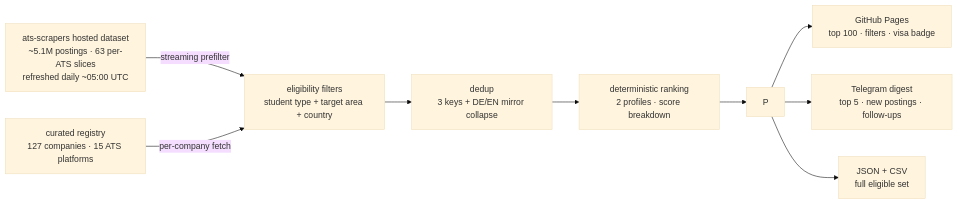
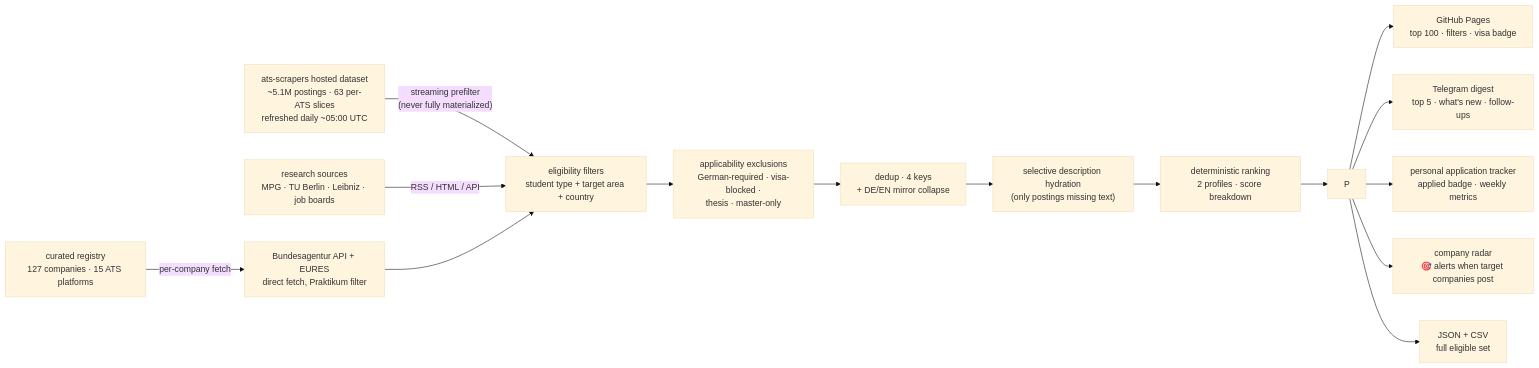
The diagram in README.md (rios-vini/internship-finder), drawn with Mermaid (base theme) before and after one commit. The commit also changed other lines of this file, not shown here.

````diff
--- a/README.md
+++ b/README.md
@@ -42,11 +57,17 @@
 ```mermaid
 flowchart LR
-    DS["ats-scrapers hosted dataset<br/>~5.1M postings · 63 per-ATS slices<br/>refreshed daily ~05:00 UTC"] -->|"streaming prefilter"| F
-    RG["curated registry<br/>127 companies · 15 ATS platforms"] -->|"per-company fetch"| F
-    F["eligibility filters<br/>student type + target area + country"] --> D
-    D["dedup<br/>3 keys + DE/EN mirror collapse"] --> R
+    DS["ats-scrapers hosted dataset<br/>~5.1M postings · 63 per-ATS slices<br/>refreshed daily ~05:00 UTC"] -->|"streaming prefilter<br/>(never fully materialized)"| F
+    RG["curated registry<br/>127 companies · 15 ATS platforms"] -->|"per-company fetch"| BA["Bundesagentur API + EURES<br/>direct fetch, Praktikum filter"]
+    RS["research sources<br/>MPG · TU Berlin · Leibniz · job boards"] -->|"RSS / HTML / API"| F
+    BA --> F
+    F["eligibility filters<br/>student type + target area + country"] --> A
+    A["applicability exclusions<br/>German-required · visa-blocked ·<br/>thesis · master-only"] --> D
+    D["dedup · 4 keys<br/>+ DE/EN mirror collapse"] --> H
+    H["selective description hydration<br/>(only postings missing text)"] --> R
     R["deterministic ranking<br/>2 profiles · score breakdown"] --> P
     P --> GH["GitHub Pages<br/>top 100 · filters · visa badge"]
-    P --> TG["Telegram digest<br/>top 5 · new postings · follow-ups"]
+    P --> TG["Telegram digest<br/>top 5 · what's new · follow-ups"]
+    P --> TR["personal application tracker<br/>applied badge · weekly metrics"]
+    P --> CO["company radar<br/>🎯 alerts when target companies post"]
     P --> JS["JSON + CSV<br/>full eligible set"]
 ```
````
